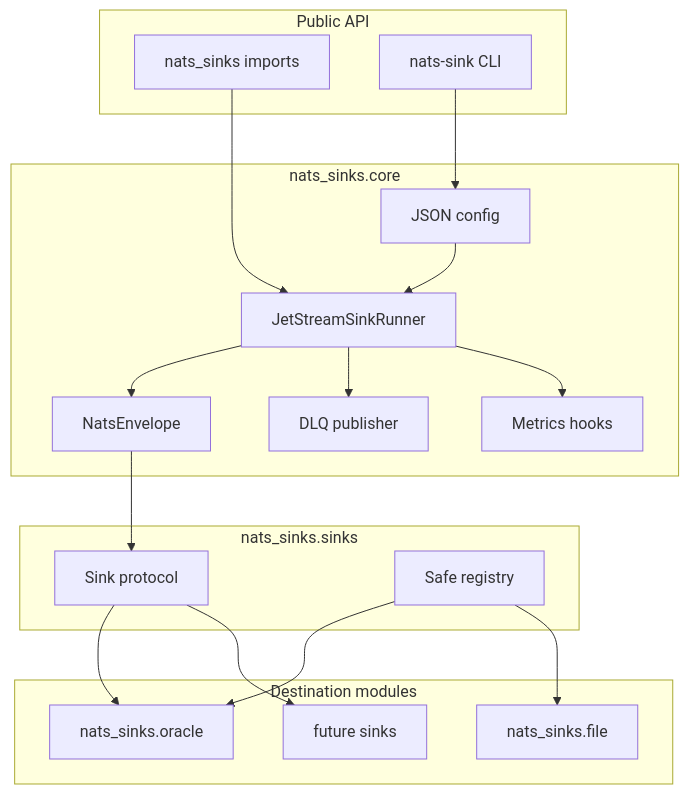
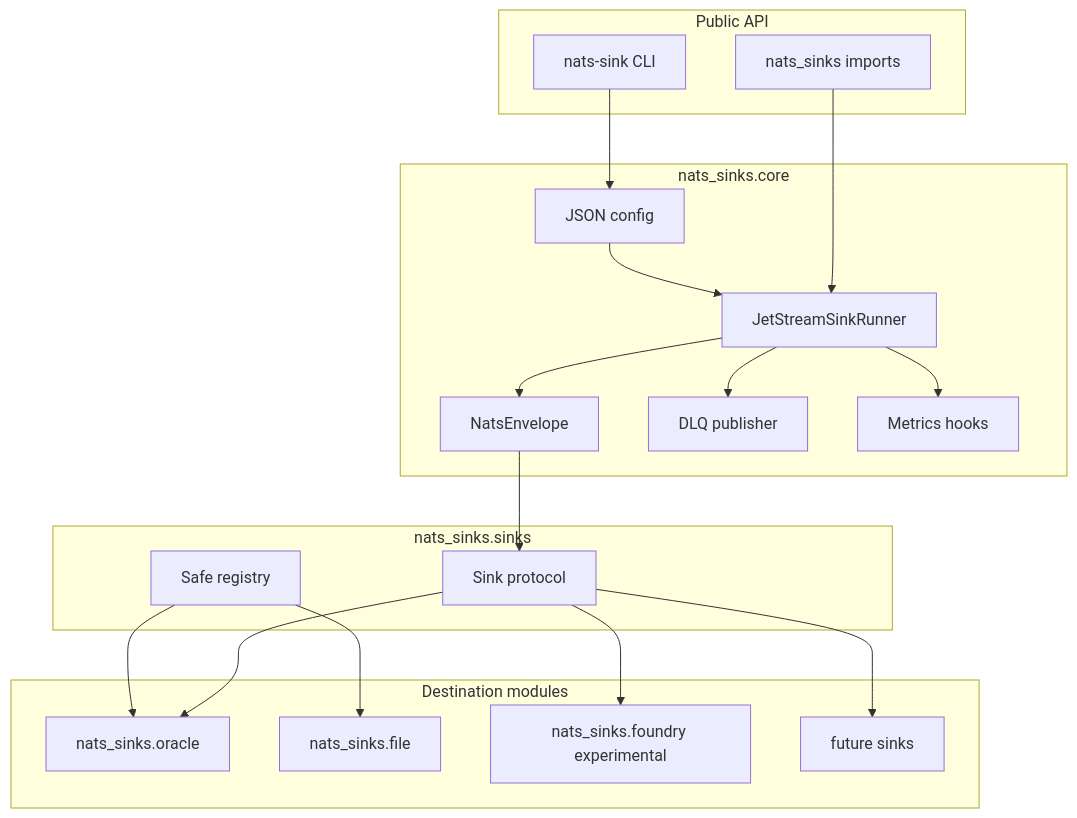
Before and after one commit to ProjectCuillin/nats-sinks: the first of 7 diagrams in docs/sink-framework.md, drawn with Mermaid. The commit also changed other lines of this file and 25 other files, not shown here.

Commit message:
Add experimental Palantir Foundry sink

````diff
--- a/docs/sink-framework.md
+++ b/docs/sink-framework.md
@@ -20,36 +20,38 @@
 ```mermaid
 flowchart TB
     subgraph PublicAPI[Public API]
         API[nats_sinks imports]
         CLI[nats-sink CLI]
     end
 
     subgraph Core[nats_sinks.core]
         Runner[JetStreamSinkRunner]
         Envelope[NatsEnvelope]
         Config[JSON config]
         DLQ[DLQ publisher]
         Metrics[Metrics hooks]
     end
 
     subgraph Contract[nats_sinks.sinks]
         Protocol[Sink protocol]
         Registry[Safe registry]
     end
 
     subgraph Destinations[Destination modules]
         Oracle[nats_sinks.oracle]
         File[nats_sinks.file]
+        Foundry[nats_sinks.foundry experimental]
         Future[future sinks]
     end
 
     API --> Runner
     CLI --> Config --> Runner
     Runner --> Envelope --> Protocol
     Protocol --> Oracle
+    Protocol --> Foundry
     Protocol --> Future
     Runner --> DLQ
     Runner --> Metrics
 Registry --> Oracle
 Registry --> File
 ```
````
